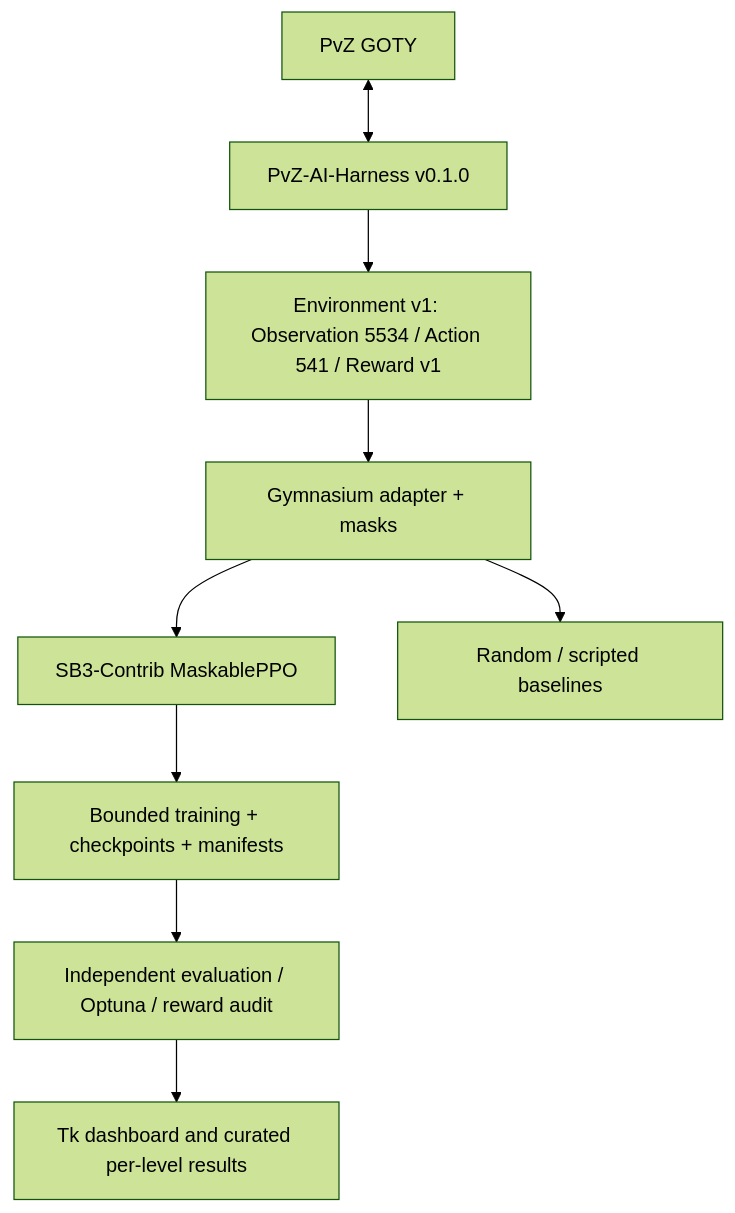
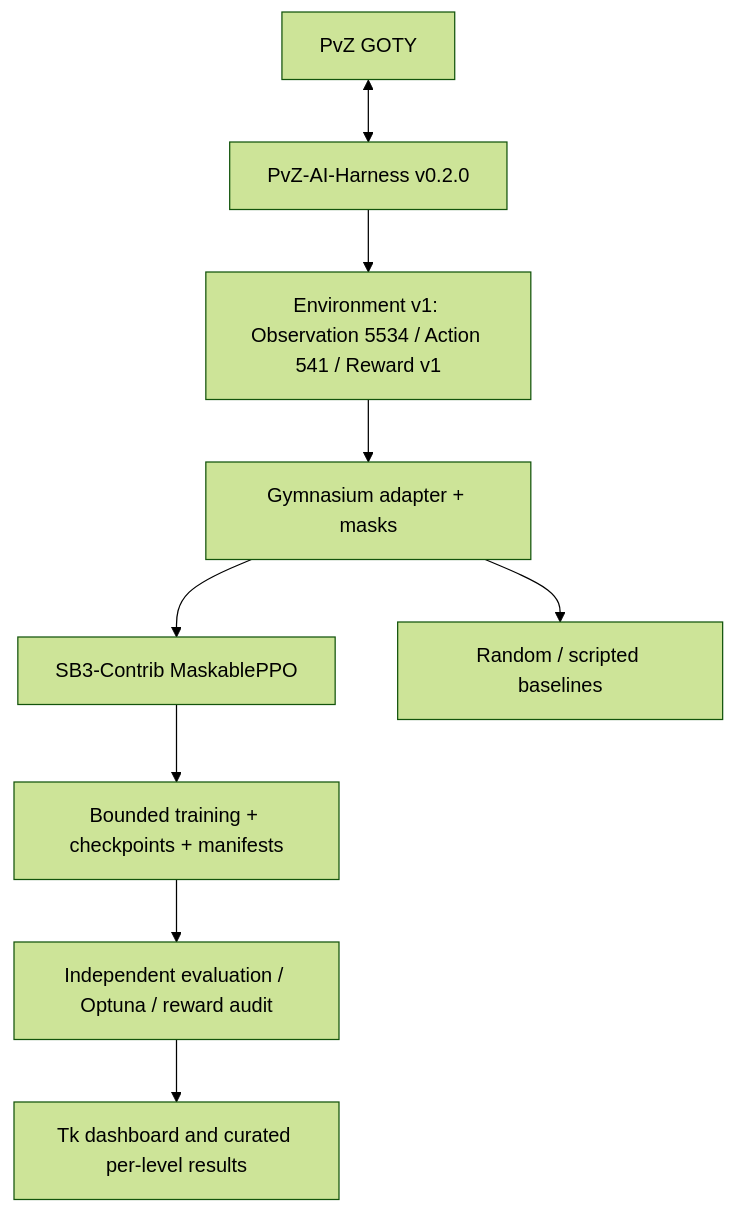
The diagram in README.md (b3d012/PvZ-DeepLearning), drawn with Mermaid (forest theme) before and after one commit. The commit also changed other lines of this file and 5 other files, not shown here.

````diff
--- a/README.md
+++ b/README.md
@@ -10,11 +10,11 @@
 ```mermaid
 flowchart TD
-    G[PvZ GOTY] <--> H[PvZ-AI-Harness v0.1.0]
+    G[PvZ GOTY] <--> H[PvZ-AI-Harness v0.2.0]
     H --> E[Environment v1: Observation 5534 / Action 541 / Reward v1]
     E --> A[Gymnasium adapter + masks]
     A --> P[SB3-Contrib MaskablePPO]
     A --> B[Random / scripted baselines]
     P --> T[Bounded training + checkpoints + manifests]
     T --> V[Independent evaluation / Optuna / reward audit]
     V --> D[Tk dashboard and curated per-level results]
 ```
````
